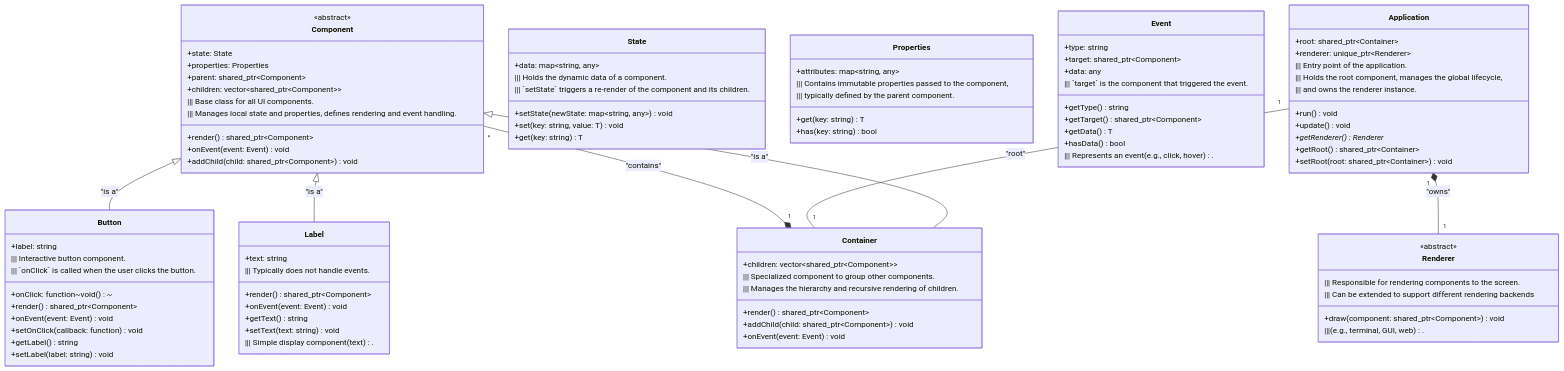
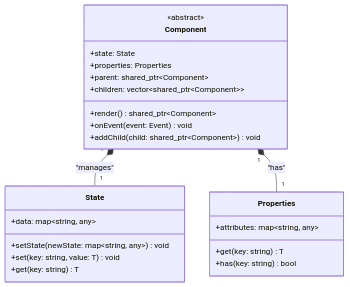
The first of 4 diagrams in documentations/ARCHITECTURE.md (etib-corp/guillaume), drawn with Mermaid before and after one commit. The commit also changed other lines of this file, not shown here.

Commit message:
Feat: Add comment for archictecture documentation

````diff
--- a/documentations/ARCHITECTURE.md
+++ b/documentations/ARCHITECTURE.md
@@ -5,103 +9,29 @@
 ```mermaid
 classDiagram
-    class Component {
-        <<abstract>>
-        +state: State
-        +properties: Properties
-        +parent: shared_ptr~Component~
-        +children: vector~shared_ptr~Component~~
-        +render() shared_ptr~Component~
-        +onEvent(event: Event) void
-        +addChild(child: shared_ptr~Component~) void
-        ||| Base class for all UI components.
-        ||| Manages local state and properties, defines rendering and event handling.
-    }
+	class Component {
+		<<abstract>>
+		+state: State
+		+properties: Properties
+		+parent: shared_ptr~Component~
+		+children: vector~shared_ptr~Component~~
+		+render() shared_ptr~Component~
+		+onEvent(event: Event) void
+		+addChild(child: shared_ptr~Component~) void
+	}
 
-    class State {
-        +data: map~string, any~
-        +setState(newState: map~string, any~) void
-        +set(key: string, value: T) void
-        +get(key: string) T
-        ||| Holds the dynamic data of a component.
-        ||| `setState` triggers a re-render of the component and its children.
-    }
+	class State {
+		+data: map~string, any~
+		+setState(newState: map~string, any~) void
+		+set(key: string, value: T) void
+		+get(key: string) T
+	}
 
-    class Properties {
-        +attributes: map~string, any~
-        +get(key: string) T
-        +has(key: string) bool
-        ||| Contains immutable properties passed to the component,
-        ||| typically defined by the parent component.
-    }
+	class Properties {
+		+attributes: map~string, any~
+		+get(key: string) T
+		+has(key: string) bool
+	}
 
-    class Event {
-        +type: string
-        +target: shared_ptr~Component~
-        +data: any
-        +getType() string
-        +getTarget() shared_ptr~Component~
-        +getData() T
-        +hasData() bool
-        ||| Represents an event (e.g., click, hover).
-        ||| `target` is the component that triggered the event.
-    }
-
-    class Container {
-        +children: vector~shared_ptr~Component~~
-        +render() shared_ptr~Component~
-        +addChild(child: shared_ptr~Component~) void
-        +onEvent(event: Event) void
-        ||| Specialized component to group other components.
-        ||| Manages the hierarchy and recursive rendering of children.
-    }
-
-    class Button {
-        +label: string
-        +onClick: function~void()~
-        +render() shared_ptr~Component~
-        +onEvent(event: Event) void
-        +setOnClick(callback: function) void
-        +getLabel() string
-        +setLabel(label: string) void
-        ||| Interactive button component.
-        ||| `onClick` is called when the user clicks the button.
-    }
-
-    class Label {
-        +text: string
-        +render() shared_ptr~Component~
-        +onEvent(event: Event) void
-        +getText() string
-        +setText(text: string) void
-        ||| Simple display component (text).
-        ||| Typically does not handle events.
-    }
-
-    class Renderer {
-        <<abstract>>
-        +draw(component: shared_ptr~Component~) void
-        ||| Responsible for rendering components to the screen.
-        ||| Can be extended to support different rendering backends
-        ||| (e.g., terminal, GUI, web).
-    }
-
-    class Application {
-        +root: shared_ptr~Container~
-        +renderer: unique_ptr~Renderer~
-        +run() void
-        +update() void
-        +getRenderer() Renderer*
-        +getRoot() shared_ptr~Container~
-        +setRoot(root: shared_ptr~Container~) void
-        ||| Entry point of the application.
-        ||| Holds the root component, manages the global lifecycle,
-        ||| and owns the renderer instance.
-    }
-
-    Component <|-- Container : "is a"
-    Component <|-- Button : "is a"
-    Component <|-- Label : "is a"
-    Container "1" *-- "*" Component : "contains"
-    Application "1" -- "1" Container : "root"
-    Application "1" *-- "1" Renderer : "owns"
+	Component "1" *-- "1" State : "manages"
+	Component "1" *-- "1" Properties : "has"
 ```
````
